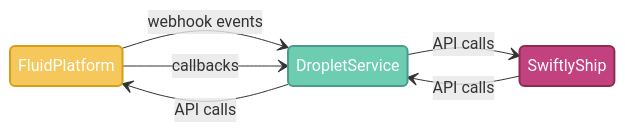
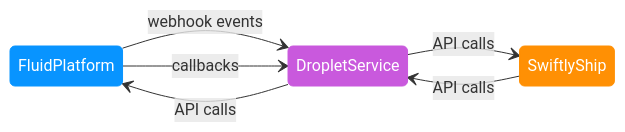
The diagram in docs/droplet-service/what-is-a-droplet-service.md (fluid-commerce/droplet-template), drawn with Mermaid before and after one commit. The commit also changed other lines of this file and 2 other files, not shown here.

Commit message:
match fluid's branding for the docs

````diff
--- a/docs/droplet-service/what-is-a-droplet-service.md
+++ b/docs/droplet-service/what-is-a-droplet-service.md
@@ -20,20 +20,20 @@
 ```mermaid
 stateDiagram-v2
     direction LR
 
     FluidPlatform --> DropletService : webhook events
     FluidPlatform --> DropletService : callbacks
     DropletService --> FluidPlatform : API calls
     DropletService --> SwiftlyShip : API calls
     SwiftlyShip --> DropletService : API calls
 
     %% Define color classes
-    classDef fluidStyle fill:#F6C75B,stroke:#D4A017,stroke-width:2px,color:#FFF
-    classDef dropletStyle fill:#6DCDB0,stroke:#4A9B8E,stroke-width:2px,color:#FFF
-    classDef swiftlyStyle fill:#C2417F,stroke:#8E2C4F,stroke-width:2px,color:#FFF
+    classDef fluidStyle fill:#0894ff,stroke:#0894ff,color:#FFF
+    classDef dropletStyle fill:#c959dd,stroke:#c959dd,color:#FFF
+    classDef swiftlyStyle fill:#ff9004,stroke:#ff9004,color:#FFF
 
     %% Apply styles to entities
     class FluidPlatform fluidStyle
     class DropletService dropletStyle
     class SwiftlyShip swiftlyStyle
 ```
````
